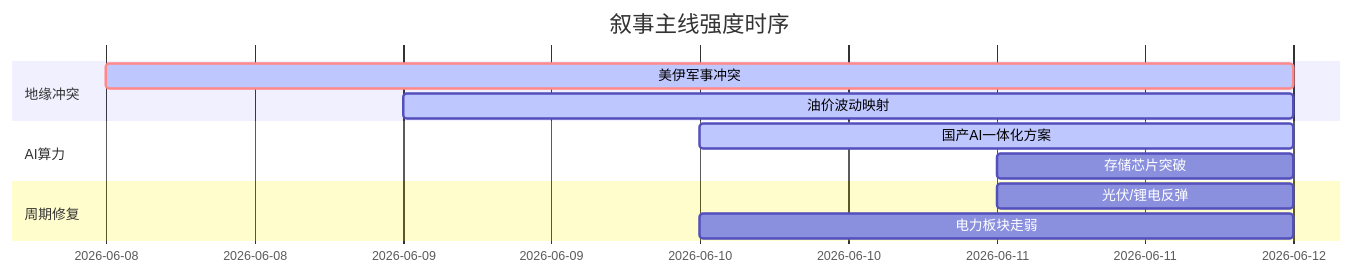
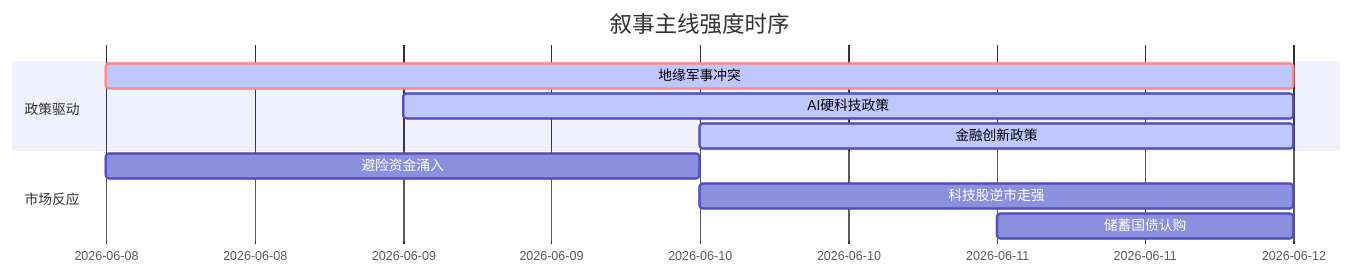
The diagram in 5day_report.md (uu5zn/uu5zn.github.io), drawn with Mermaid before and after one commit. The commit also changed other lines of this file and 19 other files, not shown here.

````diff
--- a/5day_report.md
+++ b/5day_report.md
@@ -56,16 +55,14 @@
 ```mermaid
 gantt
     title 叙事主线强度时序
     dateFormat  YYYY-MM-DD
-    section 地缘冲突
-    美伊军事冲突   :crit, active, 2026-06-08, 4d
-    油价波动映射   :active, 2026-06-09, 3d
+    section 政策驱动
+    地缘军事冲突   :crit, active, 2026-06-08, 4d
+    AI硬科技政策   :active, 2026-06-09, 3d
+    金融创新政策   :active, 2026-06-10, 2d
     
-    section AI算力
-    国产AI一体化方案 :active, 2026-06-10, 2d
-    存储芯片突破   :2026-06-11, 1d
-    
-    section 周期修复
-    光伏/锂电反弹   :2026-06-11, 1d
-    电力板块走弱   :2026-06-10, 2d
+    section 市场反应
+    避险资金涌入   :2026-06-08, 2d
+    科技股逆市走强   :2026-06-10, 2d
+    储蓄国债认购   :2026-06-11, 1d
 ```
````
